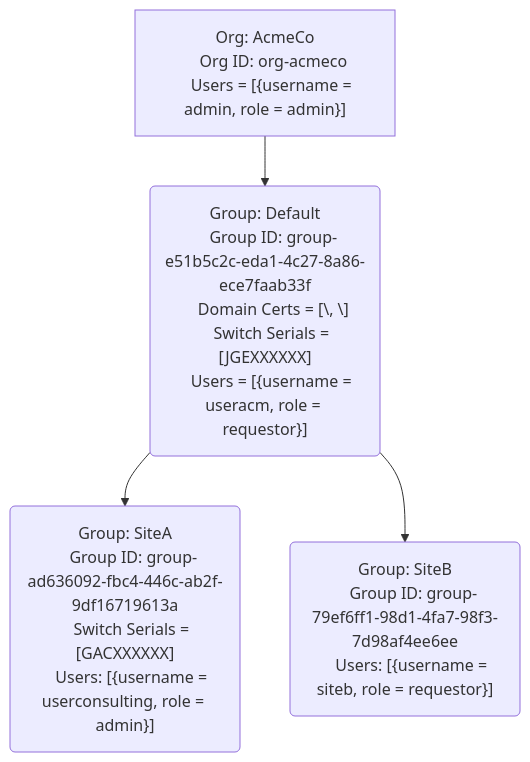
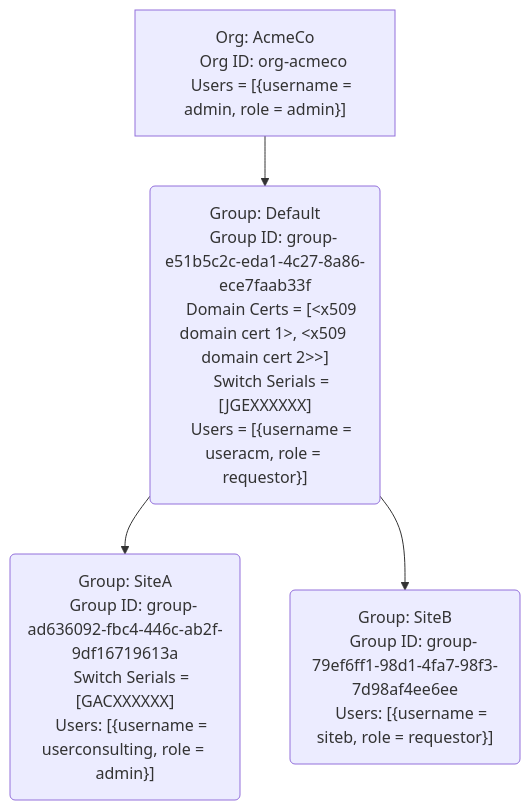
One commit to aristanetworks/ownership-voucher-grpc changed the first of 4 diagrams in docs/service-overview.md. Above: the diagram before and after it, drawn with Mermaid.

Commit message:
mermaid testing

````diff
--- a/docs/service-overview.md
+++ b/docs/service-overview.md
@@ -23,27 +23,27 @@
 ```mermaid
 flowchart TB
 
     orgBlock["Org: AcmeCo
     Org ID: org-acmeco
     Users = [{username = admin, role = admin}]"]
 
     topGroup("Group: Default
     Group ID: group-e51b5c2c-eda1-4c27-8a86-ece7faab33f
-    Domain Certs = [\<x509 domain cert 1\>, \<x509 domain cert 2\>]
+    Domain Certs = [&lt;x509 domain cert 1&gt;, &lt;x509 domain cert 2&gt;>]
     Switch Serials = [JGEXXXXXX]
     Users = [{username = useracm, role = requestor}]")
 
     siteA("Group: SiteA
     Group ID: group-ad636092-fbc4-446c-ab2f-9df16719613a
     Switch Serials = [GACXXXXXX]
     Users: [{username = userconsulting, role = admin}]")
 
     siteB("
     Group: SiteB
     Group ID: group-79ef6ff1-98d1-4fa7-98f3-7d98af4ee6ee
     Users: [{username = siteb, role = requestor}]")
 
     orgBlock --> topGroup
     topGroup --> siteA
     topGroup --> siteB
 ```
````
